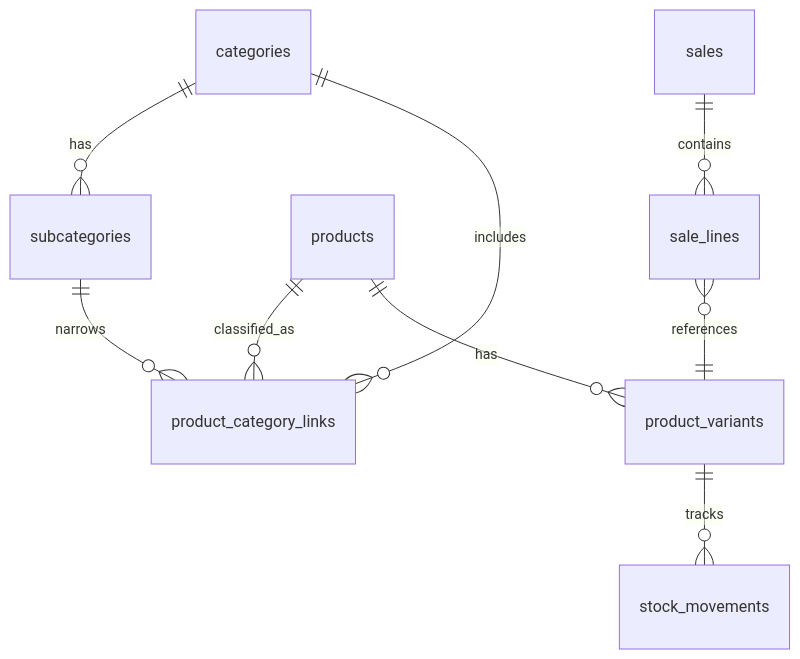
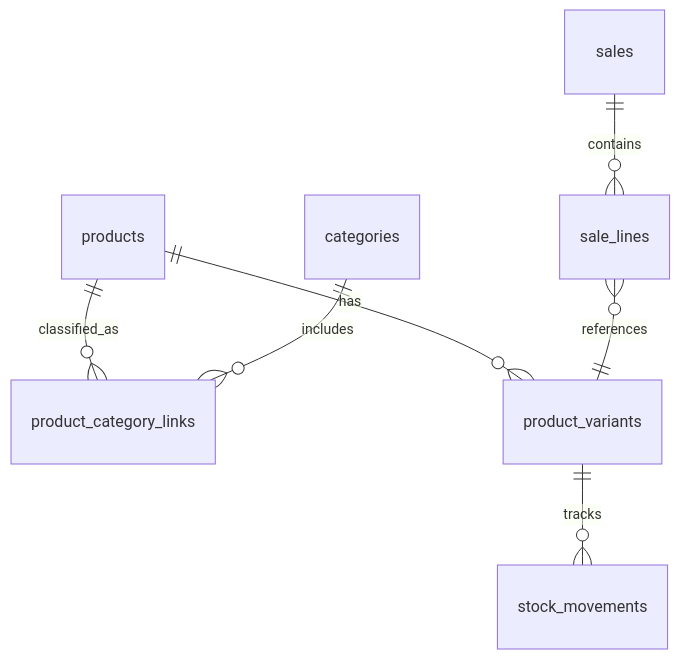
One commit to mozaikuu/Full_Cashier_System changed the second of 3 diagrams in Implementation.md. Above: the diagram before and after it, drawn with Mermaid. The commit also changed other lines of this file and 21 other files, not shown here.

````diff
--- a/Implementation.md
+++ b/Implementation.md
@@ -137,11 +137,9 @@
 ```mermaid
 erDiagram
-    categories ||--o{ subcategories : has
     products ||--o{ product_category_links : classified_as
     categories ||--o{ product_category_links : includes
-    subcategories ||--o{ product_category_links : narrows
     products ||--o{ product_variants : has
     product_variants ||--o{ stock_movements : tracks
     sales ||--o{ sale_lines : contains
     sale_lines }o--|| product_variants : references
 ```
````
